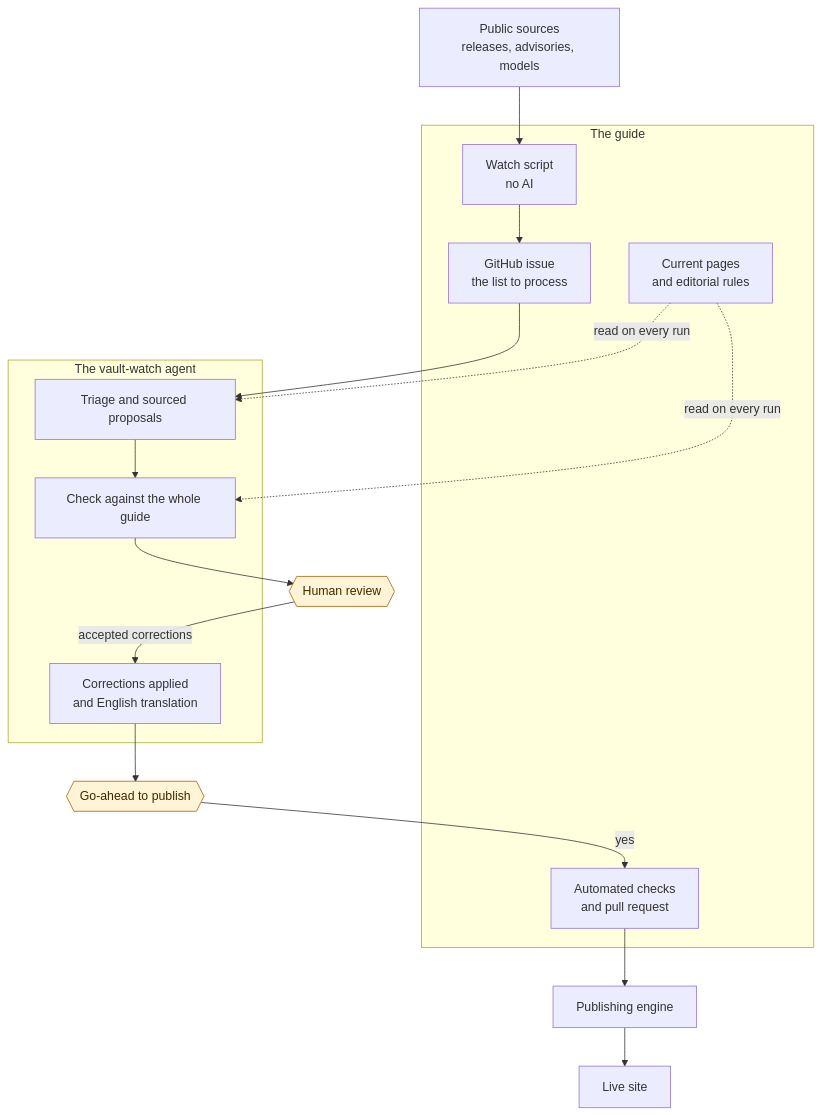
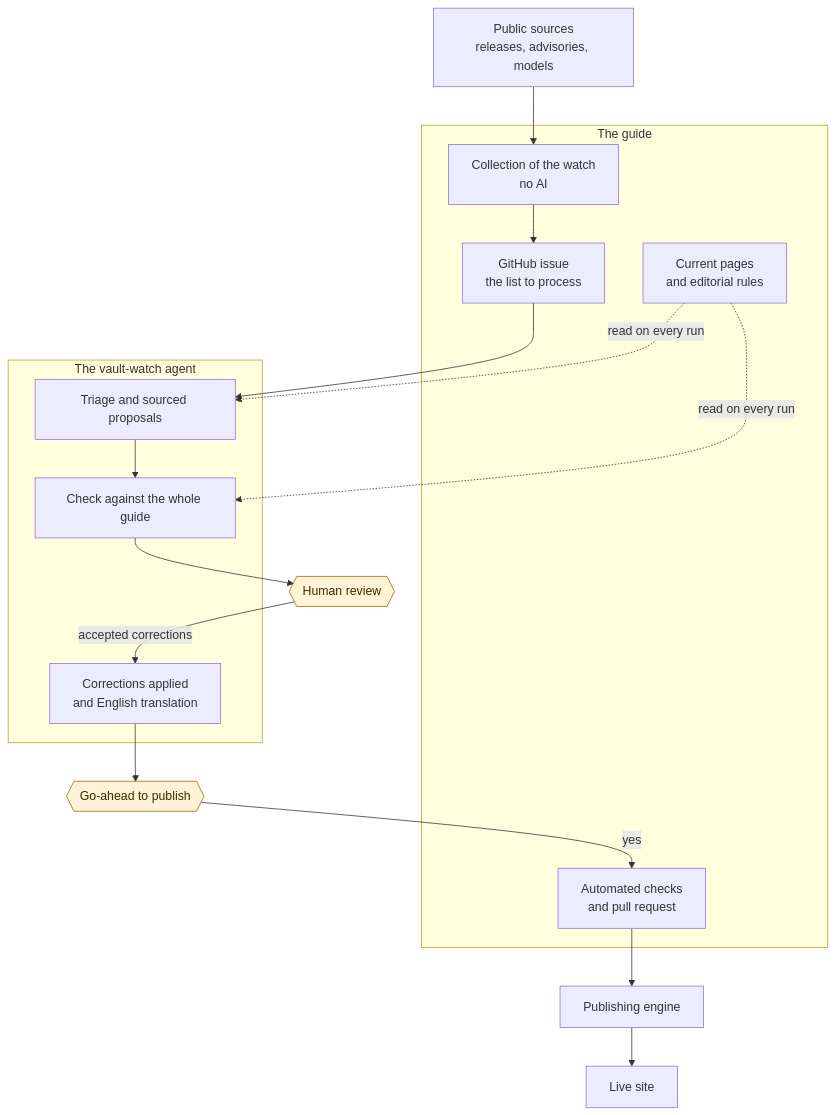
One commit to DamienBecherini/ia-on-prem-vault changed the diagram in en/projet/how-it-works.md. Above: the diagram before and after it, drawn with Mermaid. The commit also changed other lines of this file and 7 other files, not shown here.

````diff
--- a/en/projet/how-it-works.md
+++ b/en/projet/how-it-works.md
@@ -26,31 +26,31 @@
 ```mermaid
 flowchart TB
   S["Public sources<br/>releases, advisories, models"]
 
   subgraph G["The guide"]
-    W["Watch script<br/>no AI"]
+    W["Collection of the watch<br/>no AI"]
     I["GitHub issue<br/>the list to process"]
     R["Current pages<br/>and editorial rules"]
     C["Automated checks<br/>and pull request"]
   end
 
   subgraph A["The vault-watch agent"]
     N["Triage and sourced proposals"]
     X["Check against the whole guide"]
     T["Corrections applied<br/>and English translation"]
   end
 
   H1{{"Human review"}}
   H2{{"Go-ahead to publish"}}
   E["Publishing engine"]
   Site["Live site"]
 
   S --> W --> I --> N --> X --> H1
   R -. "read on every run" .-> N
   R -. "read on every run" .-> X
   H1 -->|"accepted corrections"| T --> H2
   H2 -->|"yes"| C --> E --> Site
 
   classDef human fill:#fff4d6,stroke:#a65f00,color:#3d2a00
   class H1,H2 human
 ```
````
